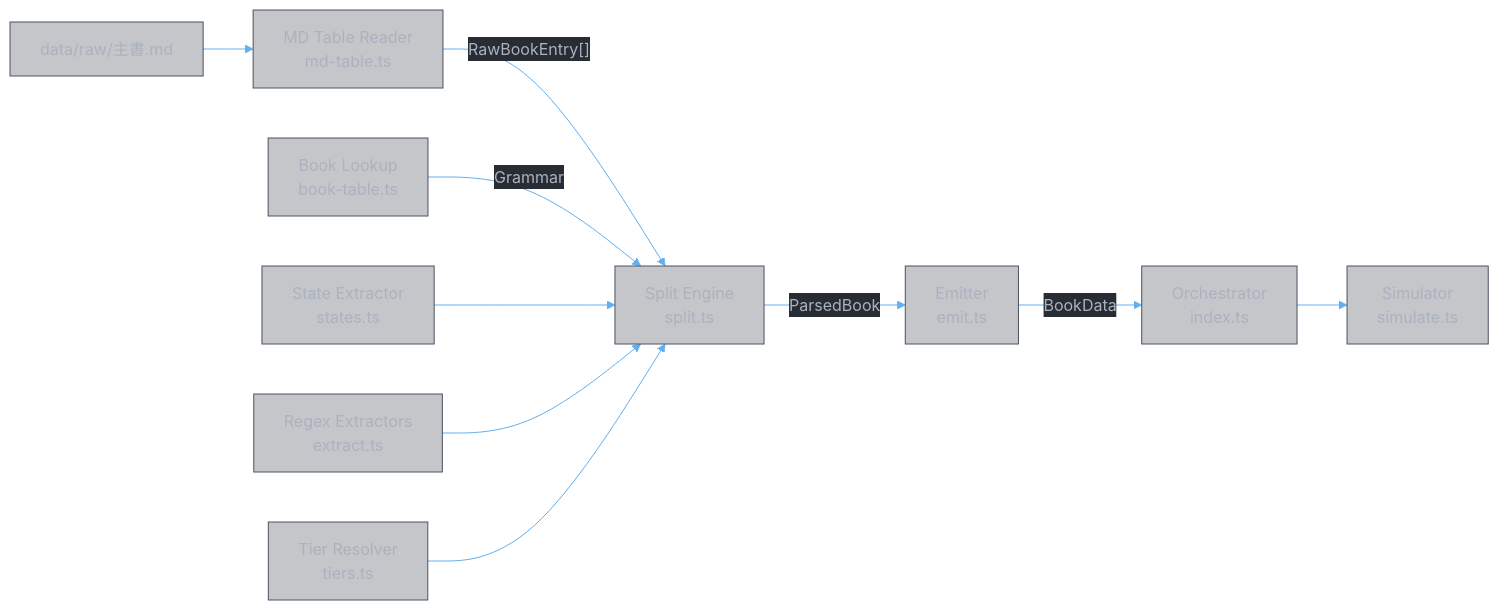
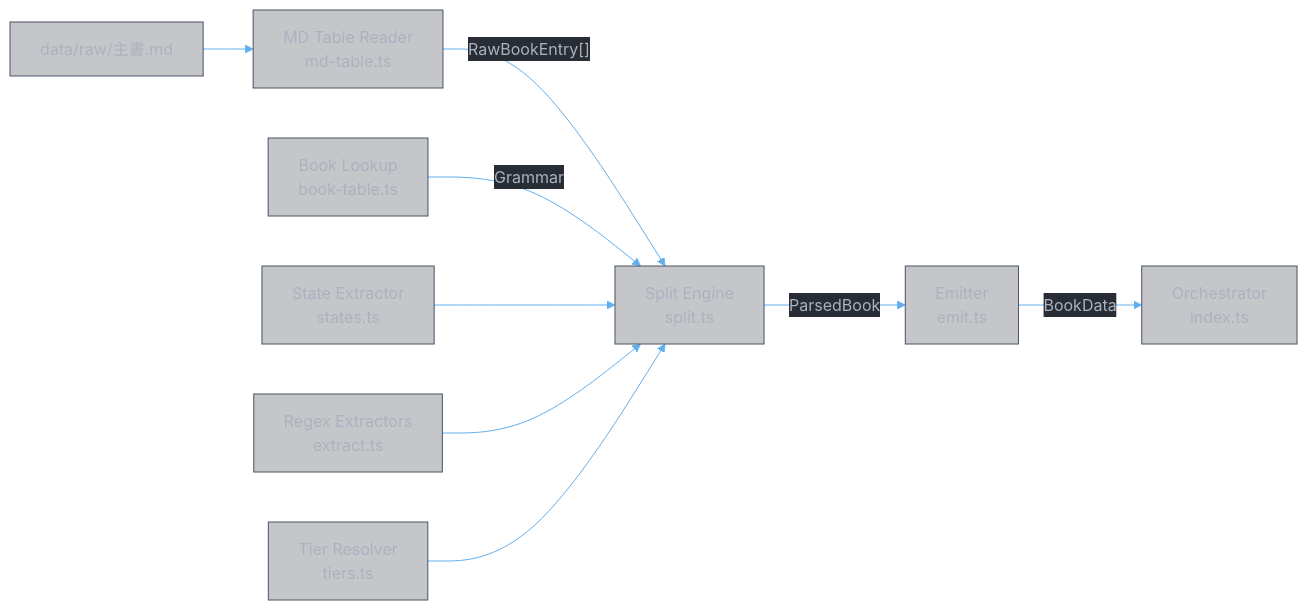
The first of 7 diagrams in docs/parser/diagram.main.md (zhifengzhang-sz/divine-book), drawn with Mermaid before and after one commit. The commit also changed other lines of this file and 4 other files, not shown here.

````diff
--- a/docs/parser/diagram.main.md
+++ b/docs/parser/diagram.main.md
@@ -96,13 +96,12 @@
 ```mermaid
 %%{init: {'theme': 'base', 'themeVariables': {'primaryColor': '#3e44514D', 'primaryTextColor': '#abb2bf', 'primaryBorderColor': '#4b5263', 'lineColor': '#61afef', 'secondaryColor': '#2c313a4D', 'secondaryTextColor': '#abb2bf', 'secondaryBorderColor': '#4b5263', 'tertiaryColor': '#282c344D', 'mainBkg': '#3e44514D', 'nodeBorder': '#4b5263', 'clusterBkg': '#2c313a4D', 'clusterBorder': '#4b5263', 'titleColor': '#e5c07b', 'edgeLabelBackground': '#282c34', 'textColor': '#abb2bf', 'background': '#282c34'}}}%%
 graph LR
     A["data/raw/主書.md"] --> B["MD Table Reader\nmd-table.ts"]
     B -- "RawBookEntry[]" --> C["Split Engine\nsplit.ts"]
     D["Book Lookup\nbook-table.ts"] -- "Grammar" --> C
     E["State Extractor\nstates.ts"] --> C
     F["Regex Extractors\nextract.ts"] --> C
     G["Tier Resolver\ntiers.ts"] --> C
     C -- "ParsedBook" --> H["Emitter\nemit.ts"]
     H -- "BookData" --> I["Orchestrator\nindex.ts"]
-    I --> J["Simulator\nsimulate.ts"]
 ```
````
